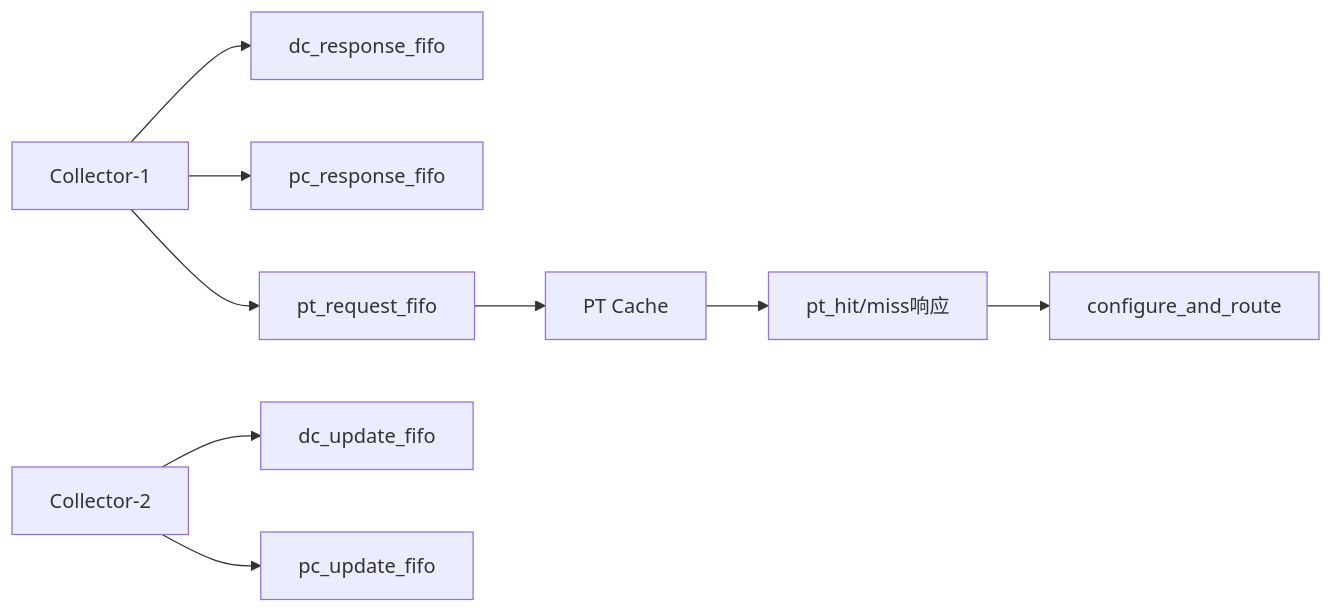
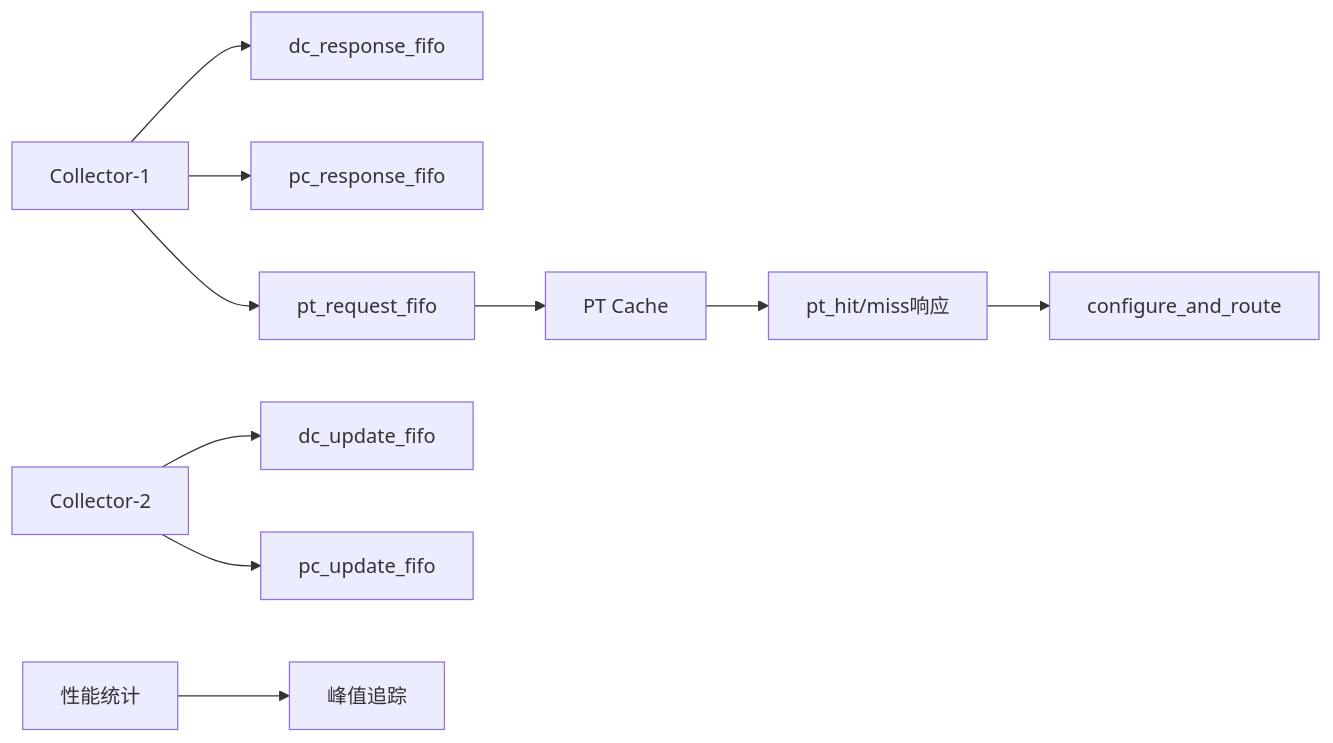
Before and after one commit to jiangjiang1122/iommu_model_20260401_v1: the seventh of 7 diagrams in .qoder/repowiki/zh/content/性能模型实现/Collector模块.md, drawn with Mermaid. The commit also changed other lines of this file and 48 other files, not shown here.

````diff
--- a/.qoder/repowiki/zh/content/性能模型实现/Collector模块.md
+++ b/.qoder/repowiki/zh/content/性能模型实现/Collector模块.md
@@ -315,11 +344,12 @@
 ```mermaid
 graph LR
 Coll1["Collector-1"] --> DC_FIFO["dc_response_fifo"]
 Coll1 --> PC_FIFO["pc_response_fifo"]
 Coll1 --> PT_REQ["pt_request_fifo"]
 Coll2["Collector-2"] --> DC_UP["dc_update_fifo"]
 Coll2 --> PC_UP["pc_update_fifo"]
 PT_REQ --> PT["PT Cache"]
 PT --> PT_RSP["pt_hit/miss响应"]
 PT_RSP --> Top["configure_and_route"]
+Stats["性能统计"] --> Peak["峰值追踪"]
 ```
````
